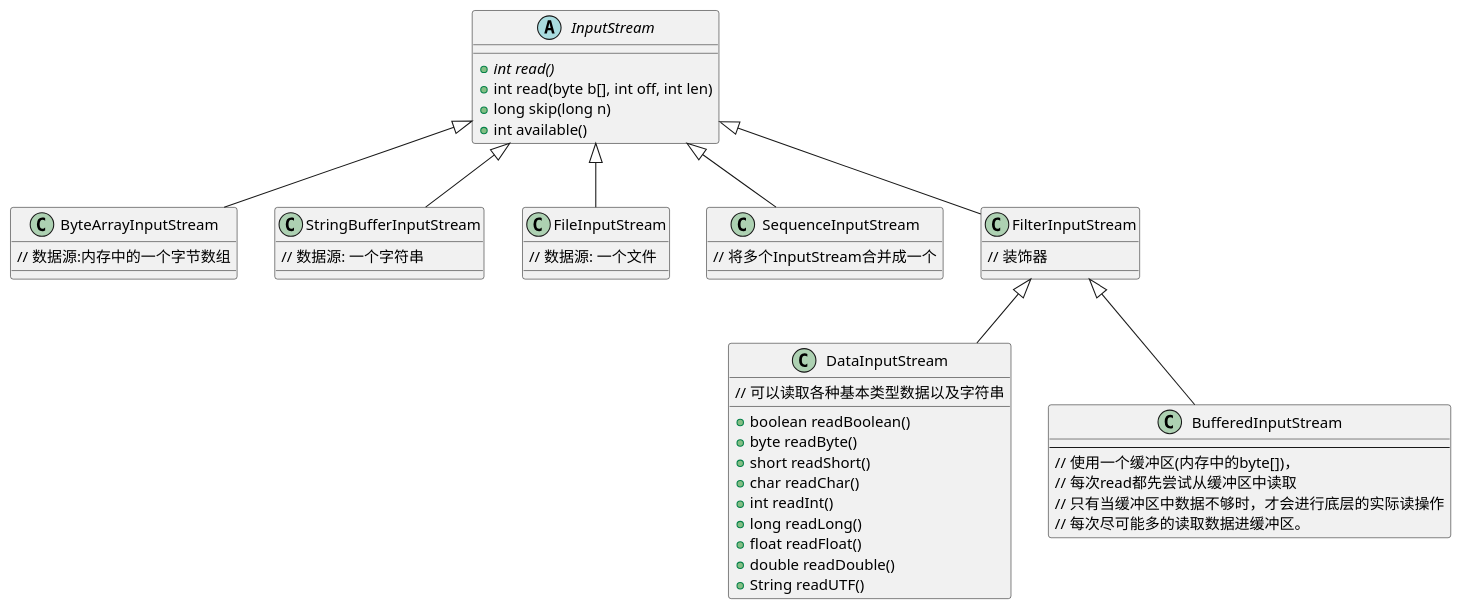
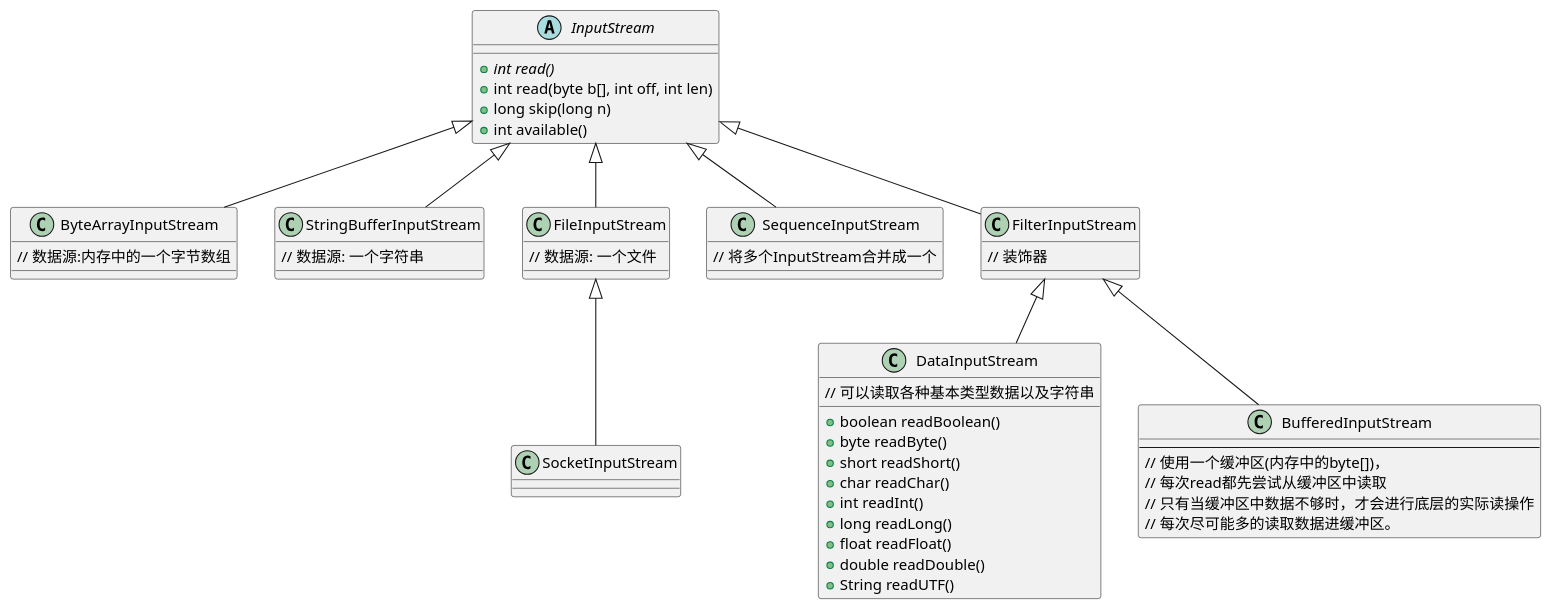
Before and after one commit to zouxiang1993/learning: the diagram in javase/io/notes/InputStream继承结构.puml, drawn with PlantUML.

```diff
--- a/javase/io/notes/InputStream继承结构.puml
+++ b/javase/io/notes/InputStream继承结构.puml
@@ -1,51 +1,53 @@
 @startuml
 
 abstract class InputStream{
     +{abstract} int read()
     +int read(byte b[], int off, int len)
     +long skip(long n)
     +int available()
 }
 
 class ByteArrayInputStream extends InputStream{
     // 数据源:内存中的一个字节数组
 }
 
 class StringBufferInputStream extends InputStream{
     // 数据源: 一个字符串
 }
 
 class FileInputStream extends InputStream {
     // 数据源: 一个文件
 }
 
 class SequenceInputStream extends InputStream{
     // 将多个InputStream合并成一个
 }
 
 class FilterInputStream extends InputStream{
     // 装饰器
 }
 
 class DataInputStream extends FilterInputStream{
     // 可以读取各种基本类型数据以及字符串
     +boolean readBoolean()
     +byte readByte()
     +short readShort()
     +char readChar()
     +int readInt()
     +long readLong()
     +float readFloat()
     +double readDouble()
     +String readUTF()
 }
 
 class BufferedInputStream extends FilterInputStream{
     ---
     // 使用一个缓冲区(内存中的byte[])，
     // 每次read都先尝试从缓冲区中读取
     // 只有当缓冲区中数据不够时，才会进行底层的实际读操作
     // 每次尽可能多的读取数据进缓冲区。
 }
 
+class SocketInputStream extends FileInputStream {
+}
 @enduml
```
